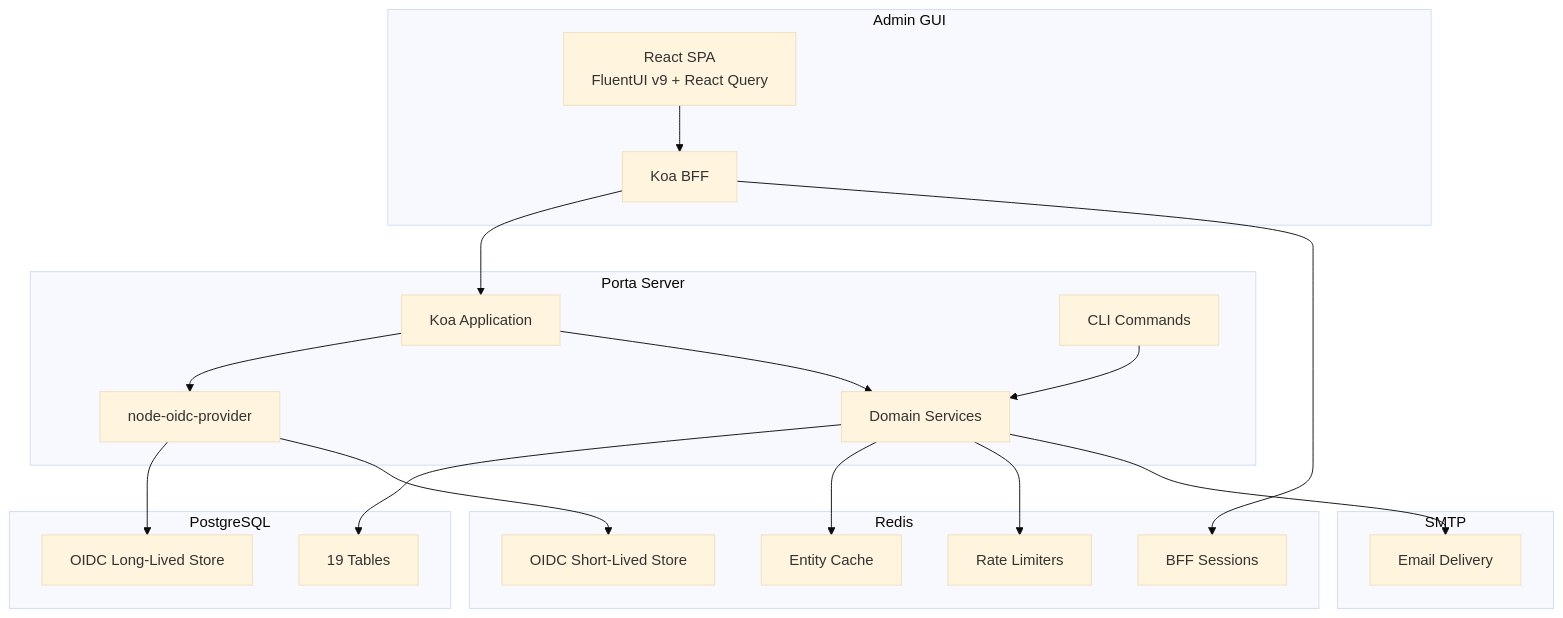
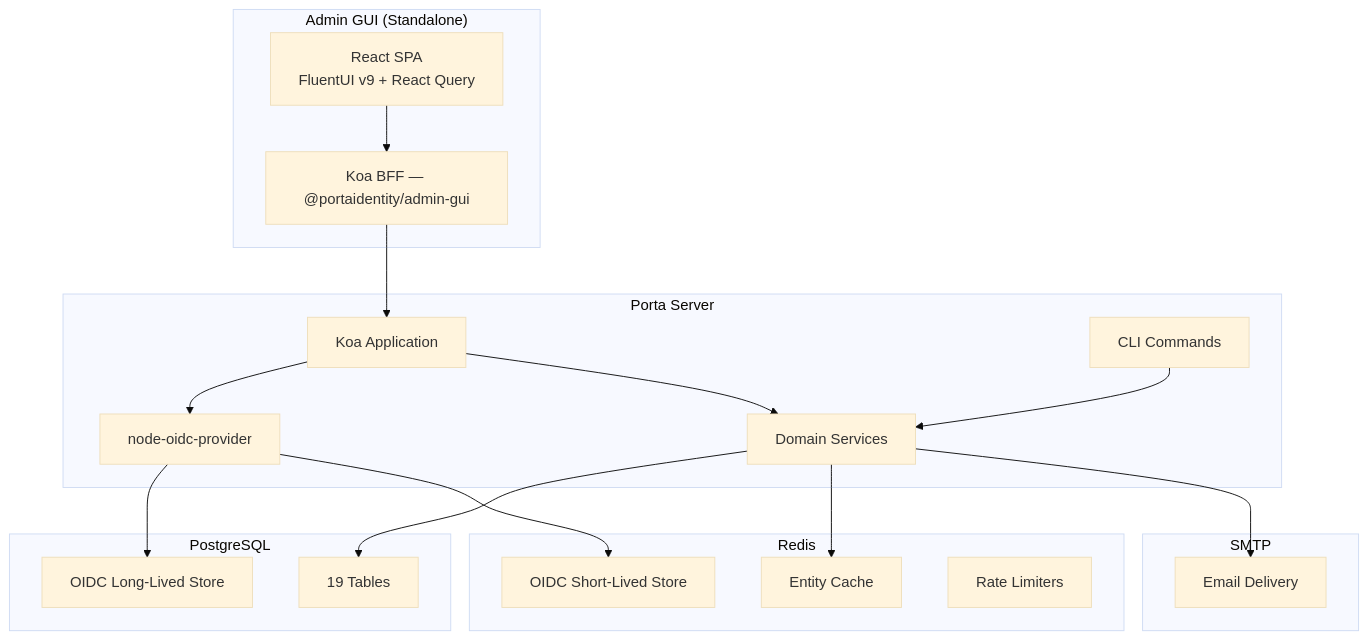
Before and after one commit to blendsdk/porta-identity: the third of 3 diagrams in docs/implementation-details/reference/integrations.md, drawn with Mermaid (base theme). The commit also changed other lines of this file and 77 other files, not shown here.

First line of the commit message:
refactor(admin-gui): remove old root-level admin-gui, simplify Docker to server-only

````diff
--- a/docs/implementation-details/reference/integrations.md
+++ b/docs/implementation-details/reference/integrations.md
@@ -416,43 +400,40 @@
 ```mermaid
 graph TB
     subgraph "Porta Server"
         KOA[Koa Application]
         OIDC[node-oidc-provider]
         SERVICES[Domain Services]
         CLI_CMD[CLI Commands]
     end
 
-    subgraph "Admin GUI"
-        BFF[Koa BFF]
+    subgraph "Admin GUI (Standalone)"
+        BFF[Koa BFF — @portaidentity/admin-gui]
         SPA[React SPA<br/>FluentUI v9 + React Query]
     end
 
     subgraph "PostgreSQL"
         TABLES[19 Tables]
         OIDC_PG[OIDC Long-Lived Store]
     end
 
     subgraph "Redis"
         CACHE[Entity Cache]
         OIDC_RD[OIDC Short-Lived Store]
         RATE[Rate Limiters]
-        SESSIONS[BFF Sessions]
     end
 
     subgraph "SMTP"
         EMAIL[Email Delivery]
     end
 
     SPA --> BFF
     BFF --> KOA
-    BFF --> SESSIONS
     KOA --> OIDC
     KOA --> SERVICES
     SERVICES --> TABLES
     SERVICES --> CACHE
     OIDC --> OIDC_PG
     OIDC --> OIDC_RD
-    SERVICES --> RATE
     SERVICES --> EMAIL
     CLI_CMD --> SERVICES
 ```
````
